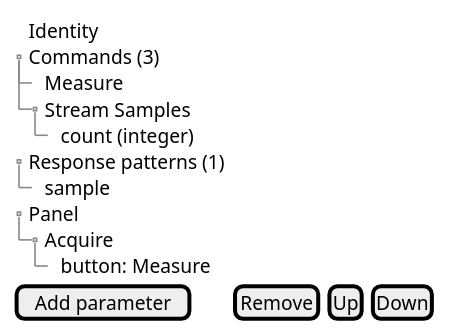
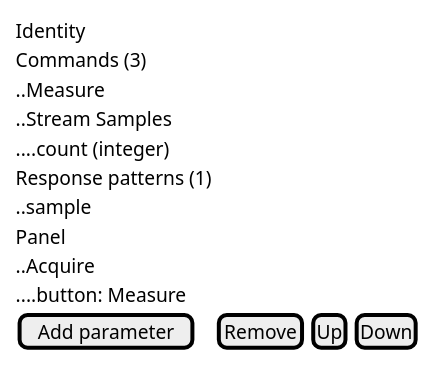
The second of 4 diagrams in docs/specs/manifest-editor.md (OutOfBandDevelopment/dev-term), drawn with PlantUML before and after one commit. The commit also changed other lines of this file, not shown here.

Commit message:
Manifest editor spec: use plain salt syntax in the wireframes

````diff
--- a/docs/specs/manifest-editor.md
+++ b/docs/specs/manifest-editor.md
@@ -41,19 +39,17 @@
 ```plantuml
 @startsalt
 {
-  {T
-    + Identity
-    + Commands (3)
-    ++ Measure
-    ++ Stream Samples
-    +++ count (integer)
-    + Response patterns (1)
-    ++ sample
-    + Panel
-    ++ Acquire
-    +++ button: Measure
-  }
+  Identity
+  Commands (3)
+  ..Measure
+  ..Stream Samples
+  ....count (integer)
+  Response patterns (1)
+  ..sample
+  Panel
+  ..Acquire
+  ....button: Measure
   [Add parameter] | [Remove] | [Up] | [Down]
 }
 @endsalt
 ```
````
